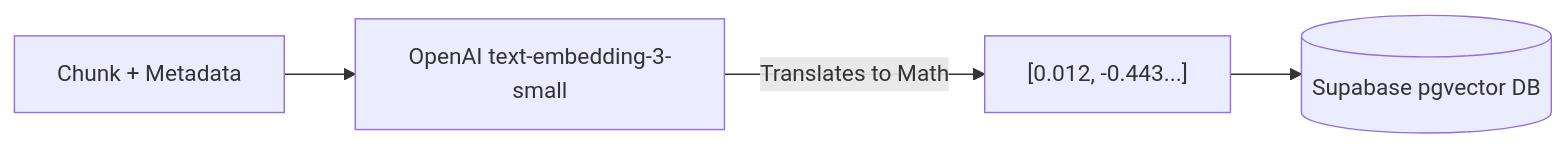
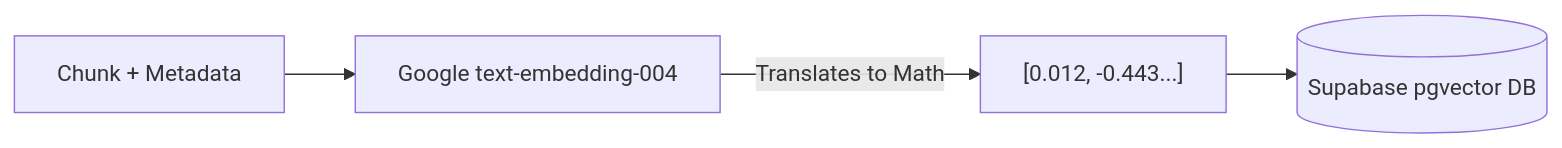
The fourth of 8 diagrams in README.md (Dhanush3620/RAG-pipeline), drawn with Mermaid before and after one commit. The commit also changed other lines of this file and 10 other files, not shown here.

````diff
--- a/README.md
+++ b/README.md
@@ -53,6 +53,6 @@
 ```mermaid
 graph LR
-    A[Chunk + Metadata] --> B[OpenAI text-embedding-3-small]
+    A[Chunk + Metadata] --> B[Google text-embedding-004]
     B -->|Translates to Math| C["[0.012, -0.443...]"]
     C --> D[(Supabase pgvector DB)]
 ```
````
